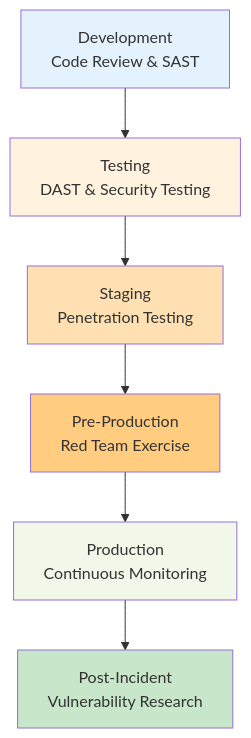
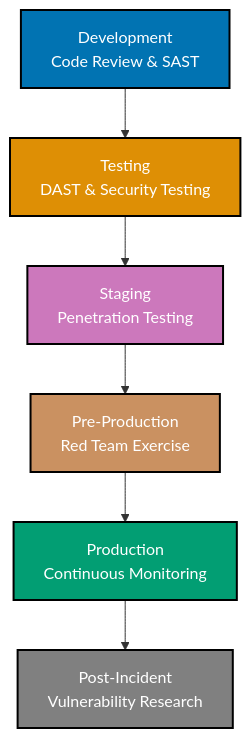
The second of 3 diagrams in docs/explanation/information-security/ex-inse__offensive-security.md (wahidyankf/open-sharia-enterprise), drawn with Mermaid before and after one commit. The commit also changed other lines of this file and 22 other files, not shown here.

First line of the commit message:
docs(diagrams): ensure all mermaid diagrams use color-blind friendly palette

````diff
--- a/docs/explanation/information-security/ex-inse__offensive-security.md
+++ b/docs/explanation/information-security/ex-inse__offensive-security.md
@@ -255,15 +261,15 @@
 ```mermaid
 graph TD
     A["Development<br/>Code Review & SAST"] --> B["Testing<br/>DAST & Security Testing"]
     B --> C["Staging<br/>Penetration Testing"]
     C --> D["Pre-Production<br/>Red Team Exercise"]
     D --> E["Production<br/>Continuous Monitoring"]
     E --> F["Post-Incident<br/>Vulnerability Research"]
 
-    style A fill:#e3f2fd
-    style B fill:#fff3e0
-    style C fill:#ffe0b2
-    style D fill:#ffcc80
-    style E fill:#f1f8e9
-    style F fill:#c8e6c9
+    style A fill:#0173B2,stroke:#000000,color:#FFFFFF,stroke-width:2px
+    style B fill:#DE8F05,stroke:#000000,color:#FFFFFF,stroke-width:2px
+    style C fill:#CC78BC,stroke:#000000,color:#FFFFFF,stroke-width:2px
+    style D fill:#CA9161,stroke:#000000,color:#FFFFFF,stroke-width:2px
+    style E fill:#029E73,stroke:#000000,color:#FFFFFF,stroke-width:2px
+    style F fill:#808080,stroke:#000000,color:#FFFFFF,stroke-width:2px
 ```
````
